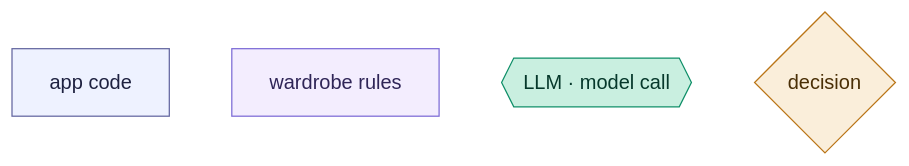
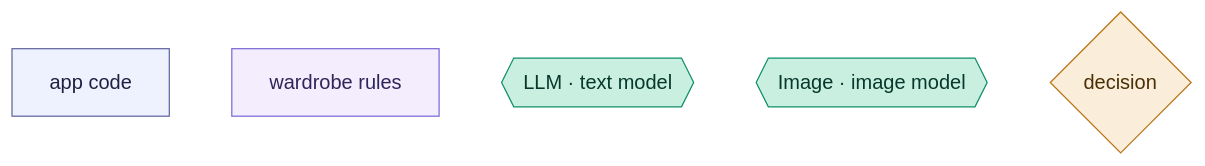
Before and after one commit to yunap/closet: the first of 4 diagrams in docs/flows/use-my-wardrobe.md, drawn with Mermaid. The commit also changed other lines of this file and 2 other files, not shown here.

First line of the commit message:
docs: add saved-outfit variants flow + generalize legend for image model

````diff
--- a/docs/flows/use-my-wardrobe.md
+++ b/docs/flows/use-my-wardrobe.md
@@ -9,8 +9,8 @@
 ```mermaid
 flowchart LR
-    A["app code"]:::app ~~~ R["wardrobe rules"]:::rules ~~~ M{{"LLM · model call"}}:::model ~~~ D{"decision"}:::check
+    A["app code"]:::app ~~~ R["wardrobe rules"]:::rules ~~~ M{{"LLM · text model"}}:::model ~~~ I{{"Image · image model"}}:::model ~~~ D{"decision"}:::check
     classDef app fill:#eef2ff,stroke:#6366a0,color:#1e2140;
     classDef rules fill:#f3edfe,stroke:#7c6bd6,color:#2f2557;
     classDef model fill:#c9efe0,stroke:#0f8f68,color:#06382b;
     classDef check fill:#faeeda,stroke:#ba7517,color:#4a2f06;
 ```
````
